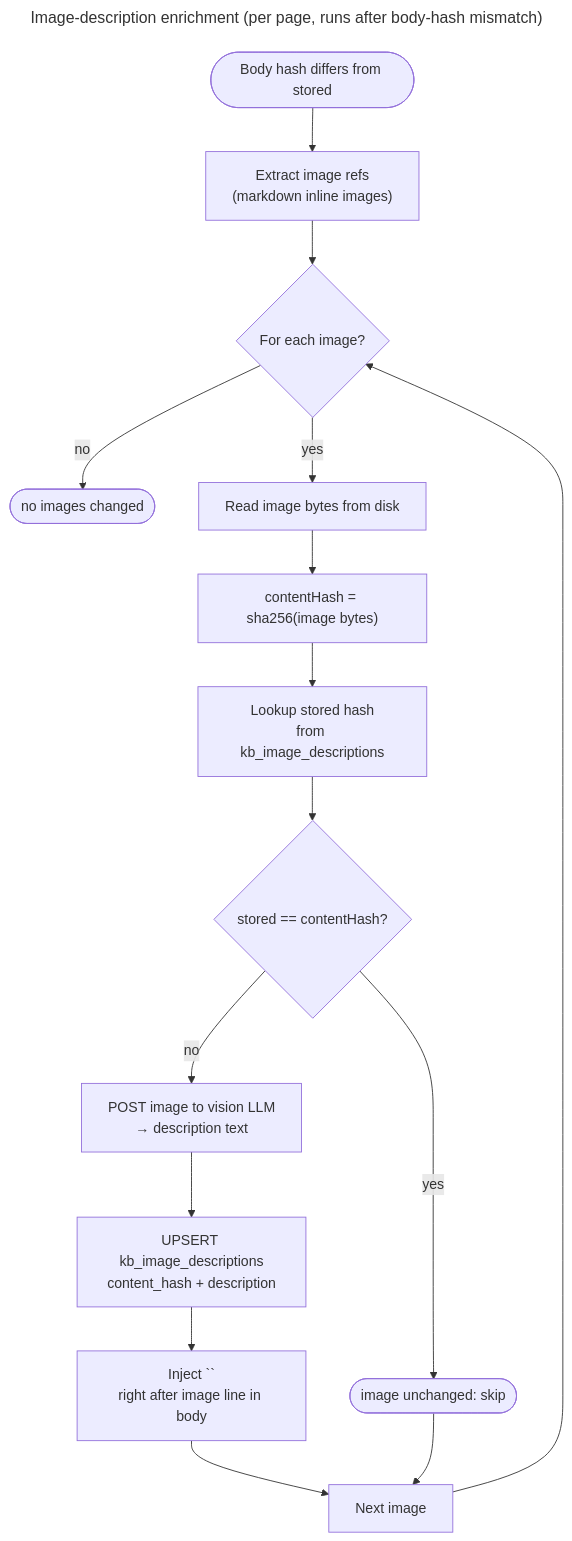
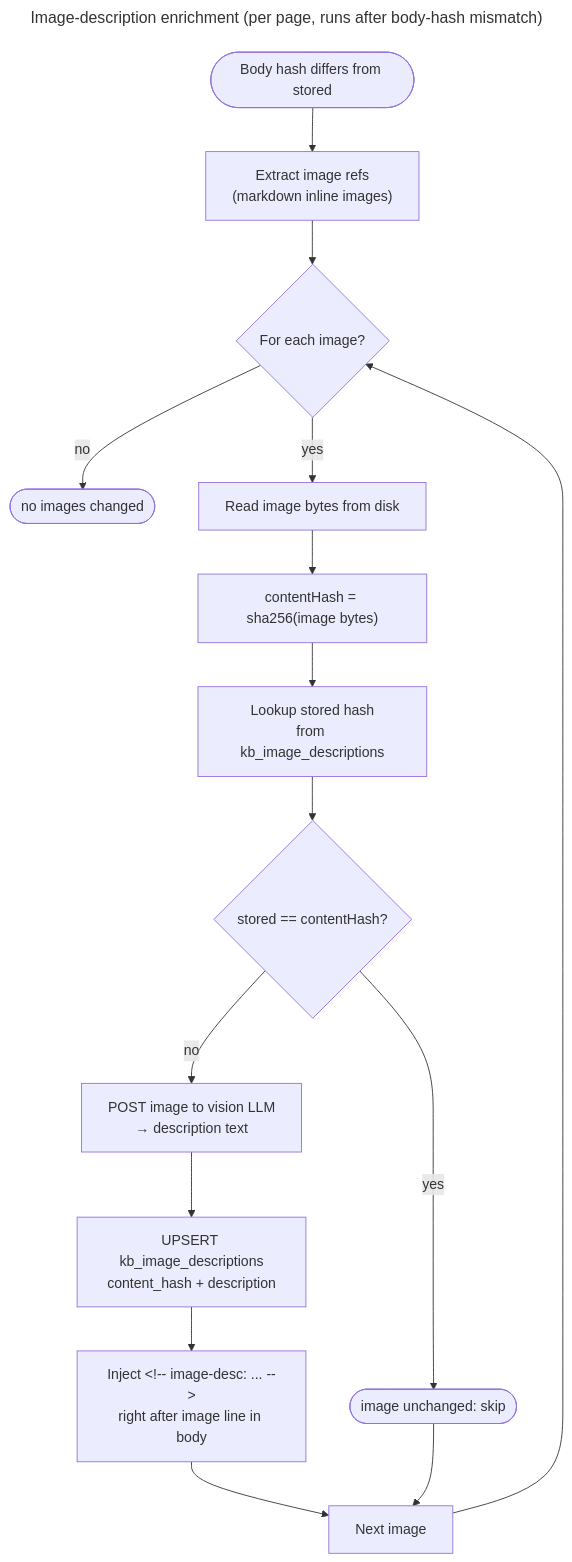
Before and after one commit to kyung-lee-official/neuxus: the second of 2 diagrams in docs/modern-knowledge-base-design/02-ingest.md, drawn with Mermaid.

Commit message:
fix (docs): correct HTML escaping in image description injection step of ingest flow

````diff
--- a/docs/modern-knowledge-base-design/02-ingest.md
+++ b/docs/modern-knowledge-base-design/02-ingest.md
@@ -51,20 +51,20 @@
 ```mermaid
 ---
 title: Image-description enrichment (per page, runs after body-hash mismatch)
 ---
 flowchart TD
   Trigger([Body hash differs from stored]) -->   Extract["Extract image refs<br/>(markdown inline images)"]
   Extract --> Loop{For each image?}
   Loop -- no --> Done([no images changed])
   Loop -- yes --> Read[Read image bytes from disk]
   Read --> Hash["contentHash = sha256(image bytes)"]
   Hash --> Lookup[Lookup stored hash<br/>from kb_image_descriptions]
   Lookup --> Match{stored == contentHash?}
   Match -- yes --> Skip([image unchanged: skip])
   Match -- no --> Vision[POST image to vision LLM<br/>→ description text]
   Vision --> Upsert[UPSERT kb_image_descriptions<br/>content_hash + description]
-  Upsert --> Inject[Inject `<!-- image-desc: ... -->`<br/>right after image line in body]
+  Upsert --> Inject["Inject &lt;!-- image-desc: ... --&gt;<br/>right after image line in body"]
   Inject --> NextImg[Next image]
   Skip --> NextImg
   NextImg --> Loop
 ```
````
